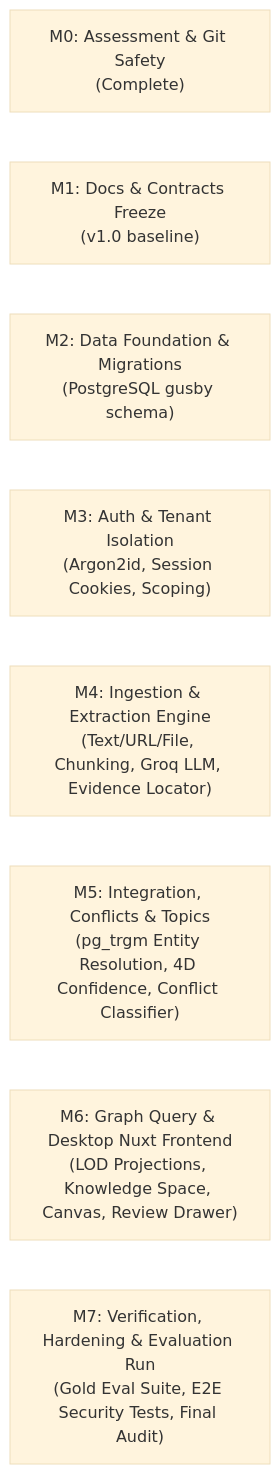
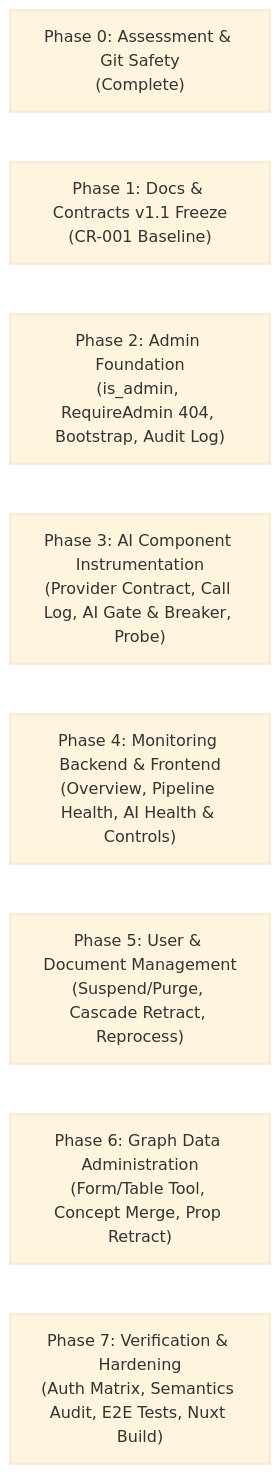
Before and after one commit to FatPandaC8/KBA: the diagram in docs/gusby/06_IMPLEMENTATION_PLAN.md, drawn with Mermaid. The commit also changed other lines of this file and 10 other files, not shown here.

Commit message:
docs(admin): freeze v1.1 project docs and contracts under CR-001 for Admin Dashboard

````diff
--- a/docs/gusby/06_IMPLEMENTATION_PLAN.md
+++ b/docs/gusby/06_IMPLEMENTATION_PLAN.md
@@ -10,11 +10,11 @@
 ```mermaid
 %%{init: {'theme': 'base', 'themeVariables': { 'background': 'transparent', 'clusterBkg': 'none' }}}%%
 flowchart TD
-    M0["M0: Assessment & Git Safety<br/>(Complete)"] --> M1["M1: Docs & Contracts Freeze<br/>(v1.0 baseline)"]
-    M1 --> M2["M2: Data Foundation & Migrations<br/>(PostgreSQL gusby schema)"]
-    M2 --> M3["M3: Auth & Tenant Isolation<br/>(Argon2id, Session Cookies, Scoping)"]
-    M3 --> M4["M4: Ingestion & Extraction Engine<br/>(Text/URL/File, Chunking, Groq LLM, Evidence Locator)"]
-    M4 --> M5["M5: Integration, Conflicts & Topics<br/>(pg_trgm Entity Resolution, 4D Confidence, Conflict Classifier)"]
-    M5 --> M6["M6: Graph Query & Desktop Nuxt Frontend<br/>(LOD Projections, Knowledge Space, Canvas, Review Drawer)"]
-    M6 --> M7["M7: Verification, Hardening & Evaluation Run<br/>(Gold Eval Suite, E2E Security Tests, Final Audit)"]
+    M0["Phase 0: Assessment & Git Safety<br/>(Complete)"] --> M1["Phase 1: Docs & Contracts v1.1 Freeze<br/>(CR-001 Baseline)"]
+    M1 --> M2["Phase 2: Admin Foundation<br/>(is_admin, RequireAdmin 404, Bootstrap, Audit Log)"]
+    M2 --> M3["Phase 3: AI Component Instrumentation<br/>(Provider Contract, Call Log, AI Gate & Breaker, Probe)"]
+    M3 --> M4["Phase 4: Monitoring Backend & Frontend<br/>(Overview, Pipeline Health, AI Health & Controls)"]
+    M4 --> M5["Phase 5: User & Document Management<br/>(Suspend/Purge, Cascade Retract, Reprocess)"]
+    M5 --> M6["Phase 6: Graph Data Administration<br/>(Form/Table Tool, Concept Merge, Prop Retract)"]
+    M6 --> M7["Phase 7: Verification & Hardening<br/>(Auth Matrix, Semantics Audit, E2E Tests, Nuxt Build)"]
 ```
````
